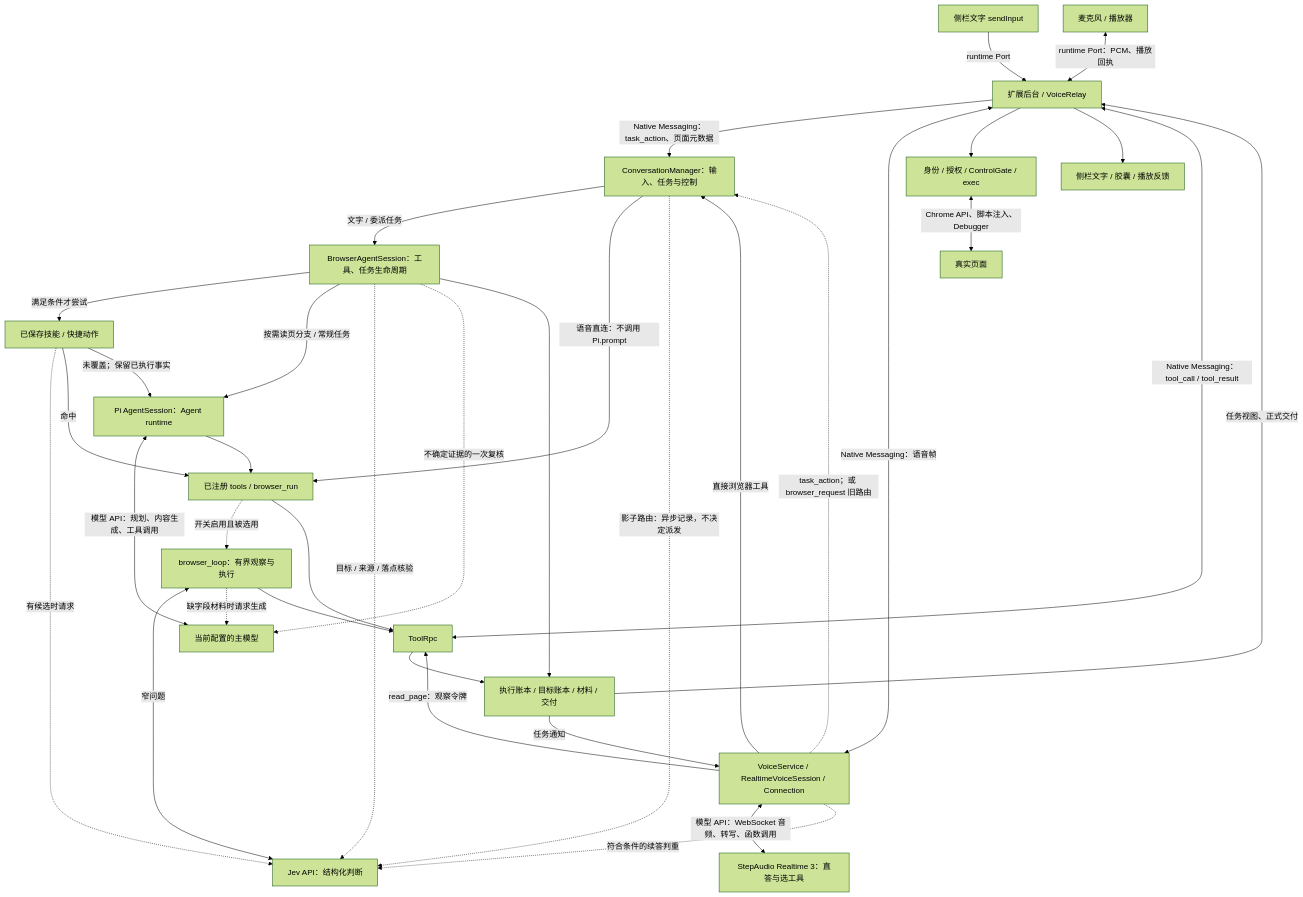
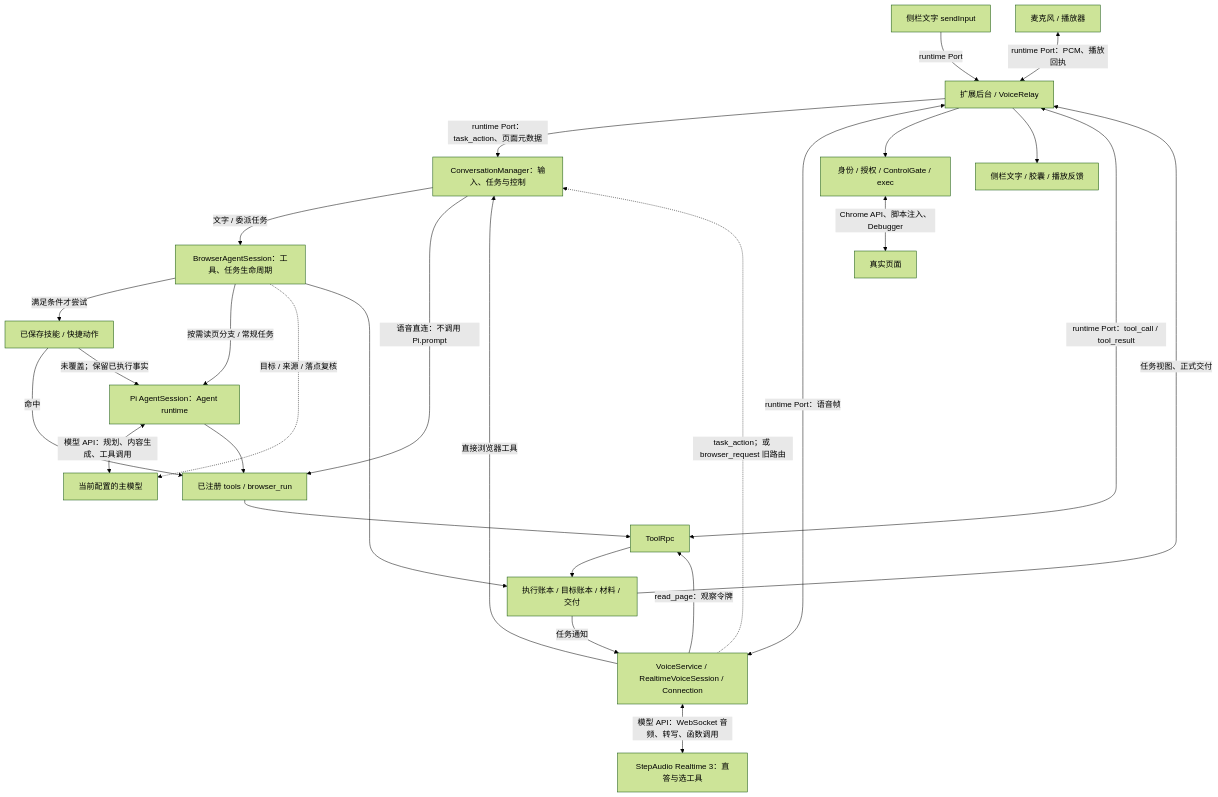
Before and after one commit to yishu-ziyu/By-Your-Side: the diagram in docs/architecture.md, drawn with Mermaid (forest theme). The commit also changed other lines of this file and 114 other files, not shown here.

````diff
--- a/docs/architecture.md
+++ b/docs/architecture.md
@@ -17,37 +17,29 @@
 ```mermaid
 flowchart TD
   Text[侧栏文字 sendInput] -->|runtime Port| BG[扩展后台 / VoiceRelay]
   Audio[麦克风 / 播放器] <-->|runtime Port：PCM、播放回执| BG
-  BG -->|Native Messaging：task_action、页面元数据| CM[ConversationManager：输入、任务与控制]
-  BG <-->|Native Messaging：语音帧| VS[VoiceService / RealtimeVoiceSession / Connection]
+  BG -->|runtime Port：task_action、页面元数据| CM[ConversationManager：输入、任务与控制]
+  BG <-->|runtime Port：语音帧| VS[VoiceService / RealtimeVoiceSession / Connection]
   VS <-->|模型 API：WebSocket 音频、转写、函数调用| RT[StepAudio Realtime 3：直答与选工具]
   VS -->|直接浏览器工具| CM
   VS -.->|task_action；或 browser_request 旧路由| CM
   CM -->|文字 / 委派任务| Session[BrowserAgentSession：工具、任务生命周期]
   Session -->|满足条件才尝试| Fast[已保存技能 / 快捷动作]
-  Fast -.->|有候选时请求| Jev[Jev API：结构化判断]
   Fast -->|命中| Tools[已注册 tools / browser_run]
   Fast -->|未覆盖；保留已执行事实| Pi[Pi AgentSession：Agent runtime]
   Session -->|按需读页分支 / 常规任务| Pi
   Pi <-->|模型 API：规划、内容生成、工具调用| LLM[当前配置的主模型]
   Pi --> Tools
-  Tools -.->|开关启用且被选用| Loop[browser_loop：有界观察与执行]
-  Loop <-->|窄问题| Jev
-  Loop -.->|缺字段材料时请求生成| LLM
   CM -->|语音直连：不调用 Pi.prompt| Tools
   VS -->|read_page：观察令牌| RPC[ToolRpc]
   Tools --> RPC
-  Loop --> RPC
-  RPC <-->|Native Messaging：tool_call / tool_result| BG
+  RPC <-->|runtime Port：tool_call / tool_result| BG
   BG --> Gate[身份 / 授权 / ControlGate / exec]
   Gate <-->|Chrome API、脚本注入、Debugger| Page[真实页面]
-  Session -.->|目标 / 来源 / 落点核验| Jev
-  Session -.->|不确定证据的一次复核| LLM
+  Session -.->|目标 / 来源 / 落点复核| LLM
   RPC --> Facts[执行账本 / 目标账本 / 材料 / 交付]
   Session --> Facts
   Facts -->|任务视图、正式交付| BG
   Facts -->|任务通知| VS
   BG --> UI[侧栏文字 / 胶囊 / 播放反馈]
-  VS -.->|符合条件的续答判重| Jev
-  CM -.->|影子路由：异步记录，不决定派发| Jev
 ```
````
